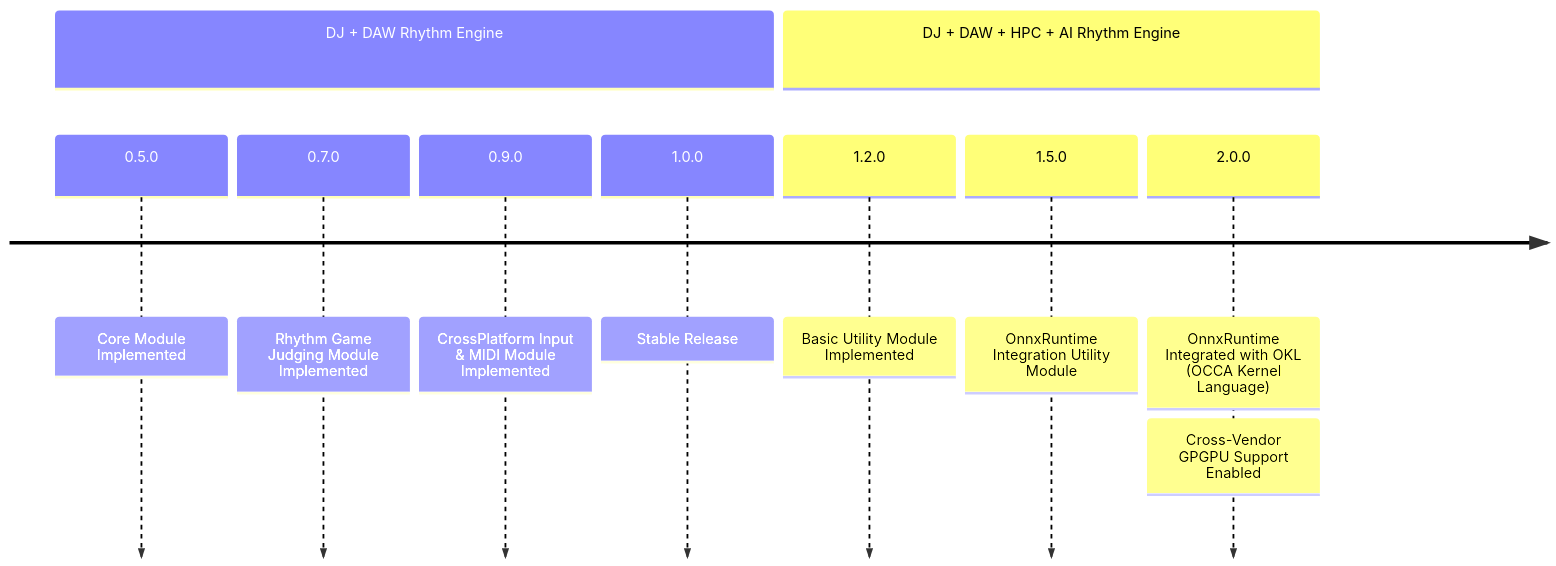
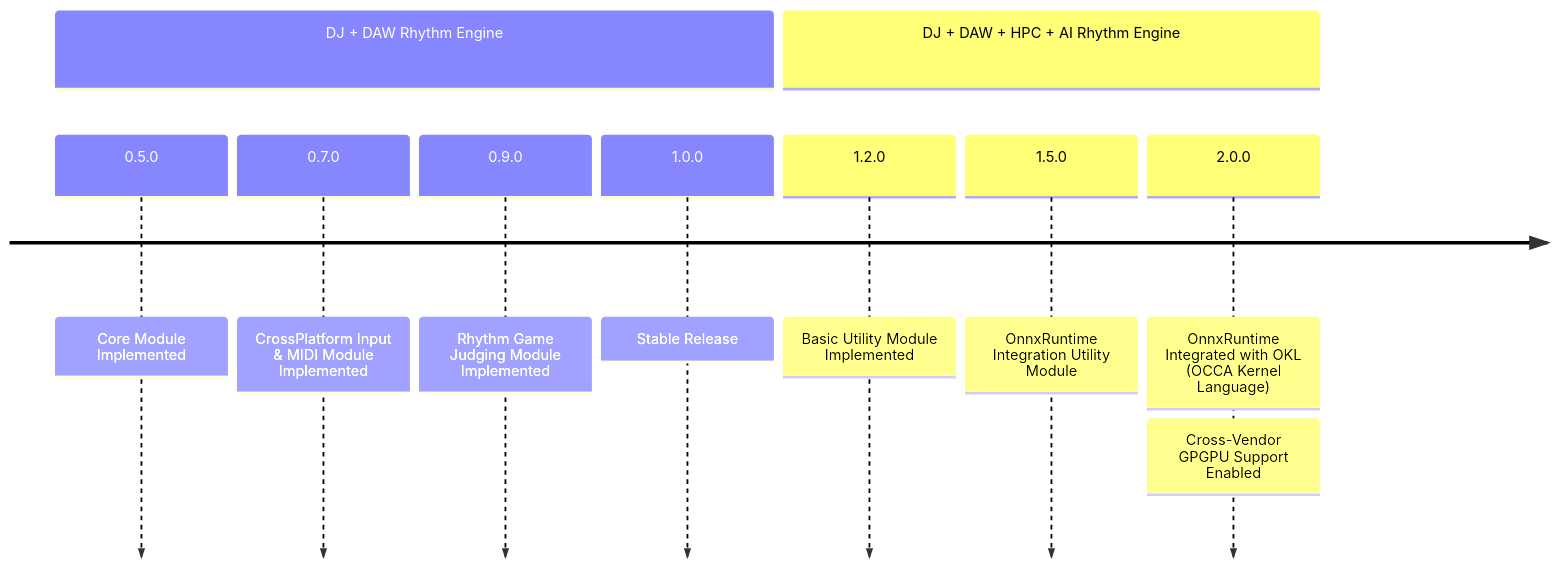
Before and after one commit to Rliop913/Project-DJ-Engine: the first of 2 diagrams in document_sources/index.rst, drawn with Mermaid. The commit also changed 4695 other files, not shown here.

```diff
--- a/document_sources/index.rst
+++ b/document_sources/index.rst
@@ -106,14 +106,14 @@
 .. mermaid::
   :config: {"theme":"forest","themeVariables":{"fontSize":"25px"}}
 
   timeline
     section DJ + DAW Rhythm Engine
       0.5.0 : Core Module Implemented
-      0.7.0 : Rhythm Game Judging Module Implemented
-      0.9.0 : CrossPlatform Input & MIDI Module Implemented
+      0.7.0 : CrossPlatform Input & MIDI Module Implemented
+      0.9.0 : Rhythm Game Judging Module Implemented
       1.0.0 : Stable Release
     section DJ + DAW + HPC + AI Rhythm Engine
       1.2.0 : Basic Utility Module Implemented
       1.5.0 : OnnxRuntime Integration Utility Module
       2.0.0 : OnnxRuntime Integrated with OKL (OCCA Kernel Language)
             : Cross-Vendor GPGPU Support Enabled
```
